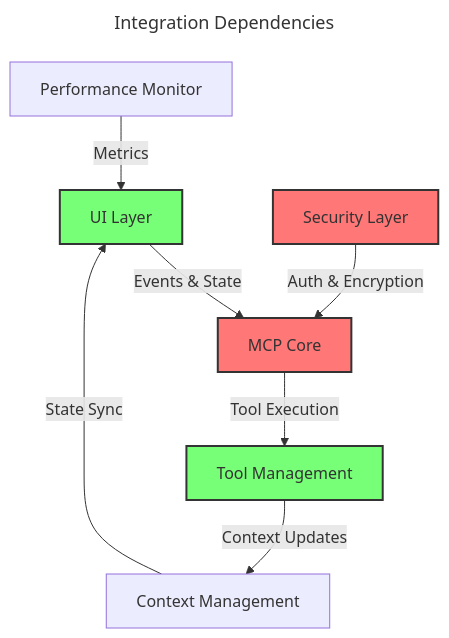
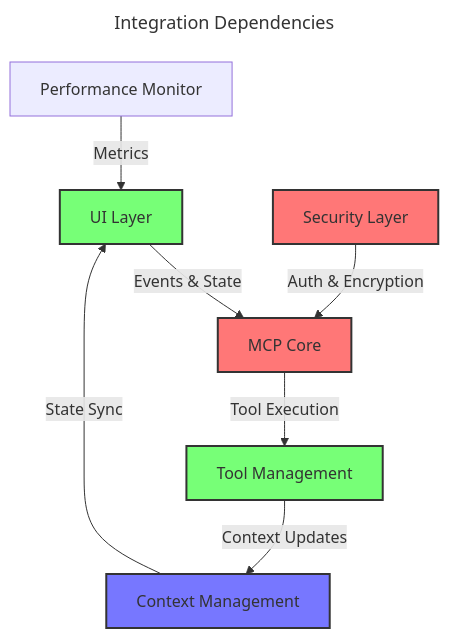
One commit to DataScienceBioLab/squirrel changed the second of 4 diagrams in specs/integration/README.md. Above: the diagram before and after it, drawn with Mermaid. The commit also changed other lines of this file and 9 other files, not shown here.

Commit message:
docs(specs): update SPECS.md to mark context module as completed

````diff
--- a/specs/integration/README.md
+++ b/specs/integration/README.md
@@ -91,17 +109,19 @@
 ```mermaid
 ---
 title: Integration Dependencies
 ---
 flowchart TD
     UI[UI Layer] --> |Events & State| MCP[MCP Core]
     MCP --> |Tool Execution| Tools[Tool Management]
     Tools --> |Context Updates| Context[Context Management]
     Context --> |State Sync| UI
     Security[Security Layer] --> |Auth & Encryption| MCP
     Performance[Performance Monitor] --> |Metrics| UI
     
     classDef critical fill:#f77,stroke:#333,stroke-width:2px
     classDef important fill:#7f7,stroke:#333,stroke-width:2px
+    classDef completed fill:#77f,stroke:#333,stroke-width:2px
     class MCP,Security critical
     class UI,Tools important
+    class Context completed
 ```
````
